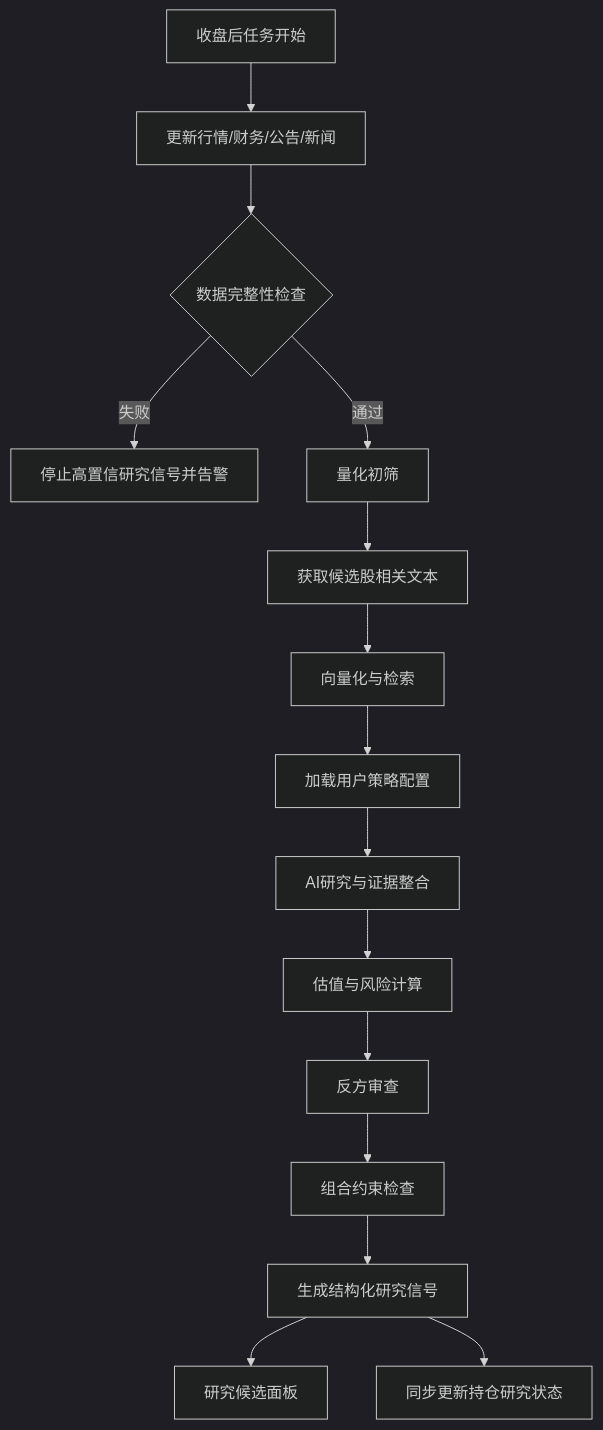
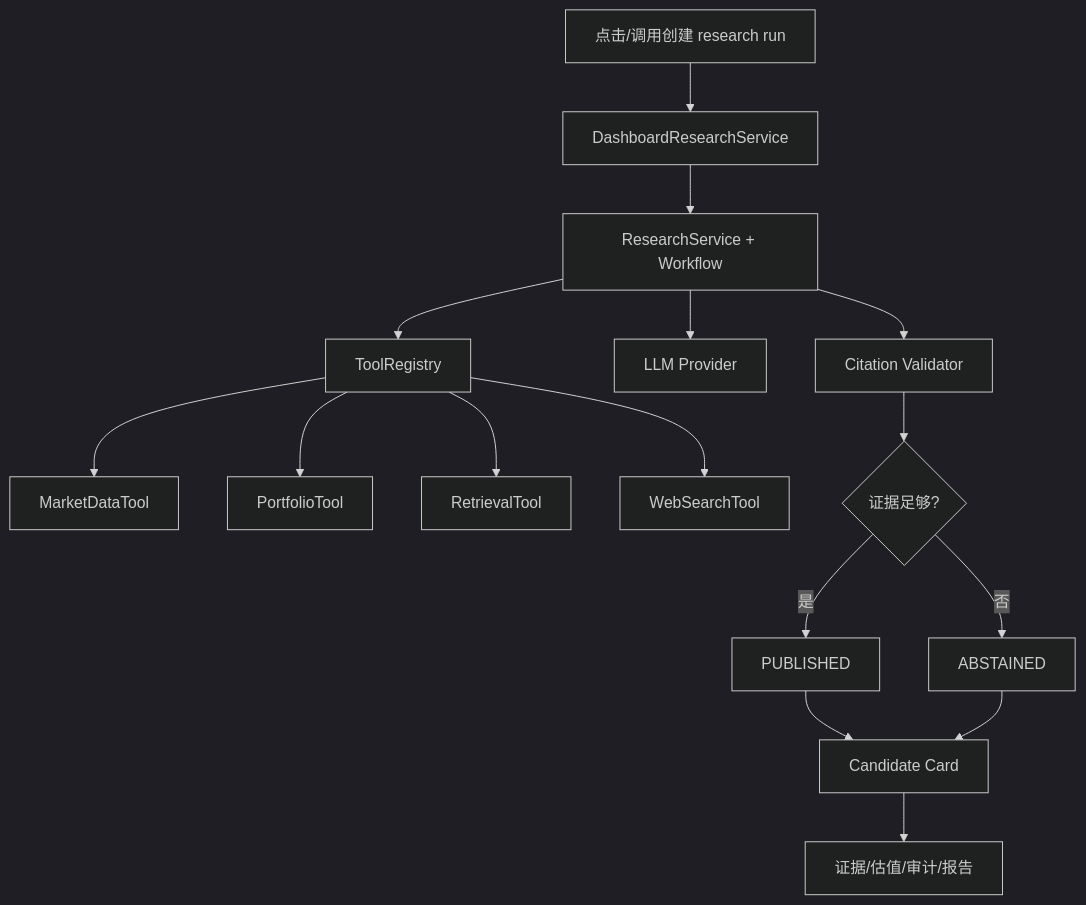
Before and after one commit to RickyW0529/Margin: the third of 4 diagrams in docs/design/v0.1/product/Margin_产品设计_v0.1_中文.md, drawn with Mermaid (dark theme). The commit also changed other lines of this file and 171 other files, not shown here.

````diff
--- a/docs/design/v0.1/product/Margin_产品设计_v0.1_中文.md
+++ b/docs/design/v0.1/product/Margin_产品设计_v0.1_中文.md
@@ -292,17 +140,18 @@
 ```mermaid
 flowchart TD
-    A[收盘后任务开始] --> B[更新行情/财务/公告/新闻]
-    B --> C{数据完整性检查}
-    C -->|失败| X[停止高置信研究信号并告警]
-    C -->|通过| D[量化初筛]
-    D --> E[获取候选股相关文本]
-    E --> F[向量化与检索]
-    F --> G[加载用户策略配置]
-    G --> H[AI研究与证据整合]
-    H --> I[估值与风险计算]
-    I --> J[反方审查]
-    J --> K[组合约束检查]
-    K --> L[生成结构化研究信号]
-    L --> M[研究候选面板]
-    L --> N[同步更新持仓研究状态]
+    A[点击/调用创建 research run] --> B[DashboardResearchService]
+    B --> C[ResearchService + Workflow]
+    C --> D[ToolRegistry]
+    D --> D1[MarketDataTool]
+    D --> D2[PortfolioTool]
+    D --> D3[RetrievalTool]
+    D --> D4[WebSearchTool]
+    C --> E[LLM Provider]
+    C --> F[Citation Validator]
+    F --> G{证据足够?}
+    G -->|是| H[PUBLISHED]
+    G -->|否| I[ABSTAINED]
+    H --> J[Candidate Card]
+    I --> J
+    J --> K[证据/估值/审计/报告]
 ```
````
